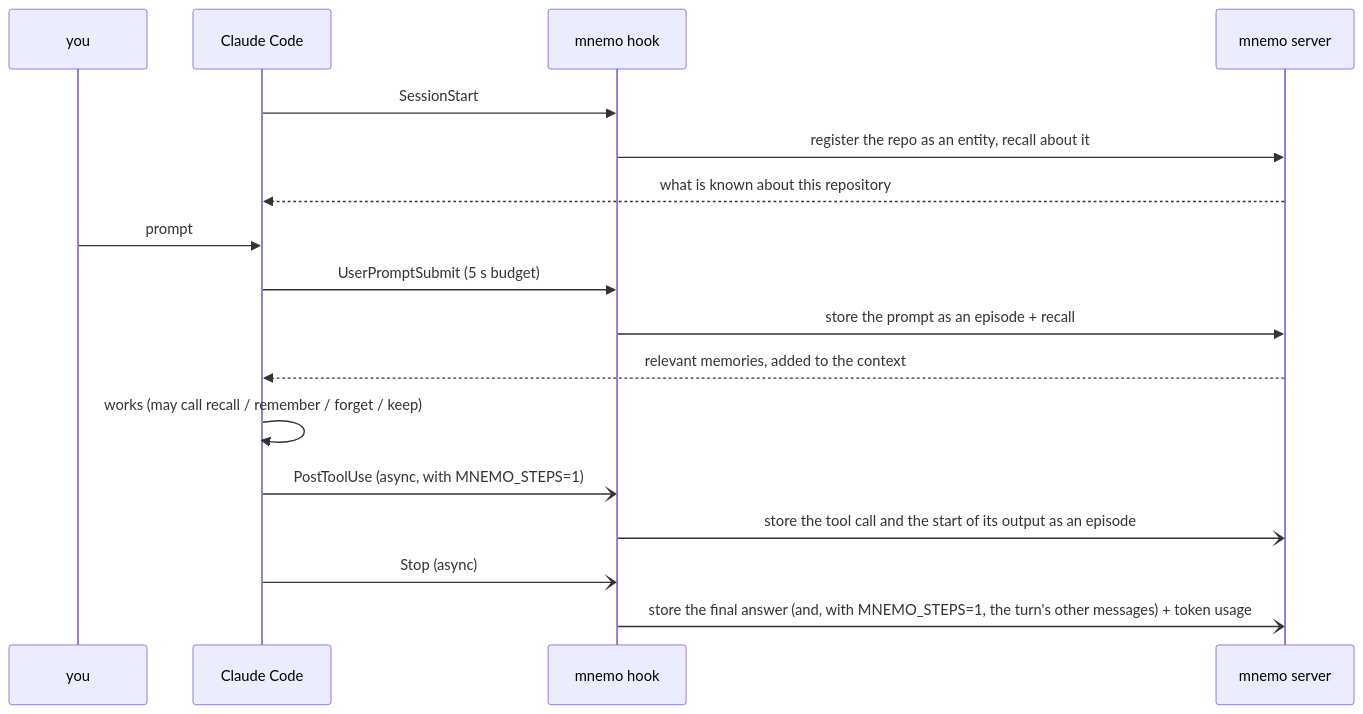
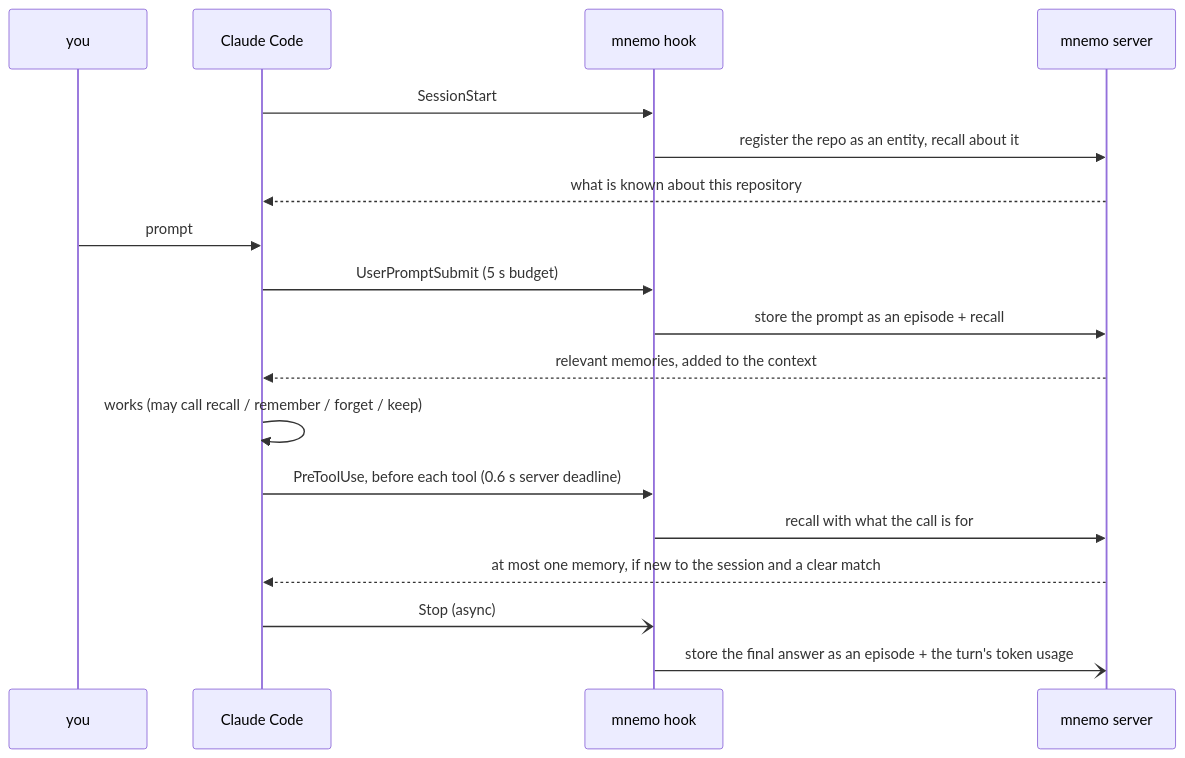
Before and after one commit to mariojcr/mnemo: the second of 3 diagrams in docs/clients.md, drawn with Mermaid. The commit also changed other lines of this file and 10 other files, not shown here.

First line of the commit message:
feat(recall): search before each tool call; judge one neighbour per request; drop step capture

````diff
--- a/docs/clients.md
+++ b/docs/clients.md
@@ -41,20 +41,21 @@
 ```mermaid
 sequenceDiagram
     participant U as you
     participant CC as Claude Code
     participant H as mnemo hook
     participant M as mnemo server
 
     CC->>H: SessionStart
     H->>M: register the repo as an entity, recall about it
     M-->>CC: what is known about this repository
     U->>CC: prompt
     CC->>H: UserPromptSubmit (5 s budget)
     H->>M: store the prompt as an episode + recall
     M-->>CC: relevant memories, added to the context
     CC->>CC: works (may call recall / remember / forget / keep)
-    CC-)H: PostToolUse (async, with MNEMO_STEPS=1)
-    H-)M: store the tool call and the start of its output as an episode
+    CC->>H: PreToolUse, before each tool (0.6 s server deadline)
+    H->>M: recall with what the call is for
+    M-->>CC: at most one memory, if new to the session and a clear match
     CC-)H: Stop (async)
-    H-)M: store the final answer (and, with MNEMO_STEPS=1, the turn's other messages) + token usage
+    H-)M: store the final answer as an episode + the turn's token usage
 ```
````
